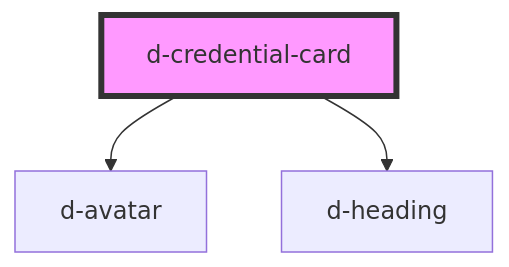
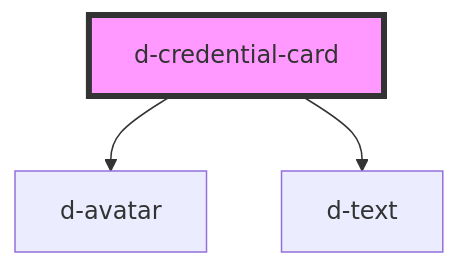
The diagram in src/components/credential-card/readme.md (ForkbombEu/didroom-components), drawn with Mermaid before and after one commit. The commit also changed other lines of this file and 28 other files, not shown here.

First line of the commit message:
fix: update credential card style (#124)

````diff
--- a/src/components/credential-card/readme.md
+++ b/src/components/credential-card/readme.md
@@ -28,6 +29,6 @@
 ```mermaid
 graph TD;
   d-credential-card --> d-avatar
-  d-credential-card --> d-heading
+  d-credential-card --> d-text
   style d-credential-card fill:#f9f,stroke:#333,stroke-width:4px
 ```
````
